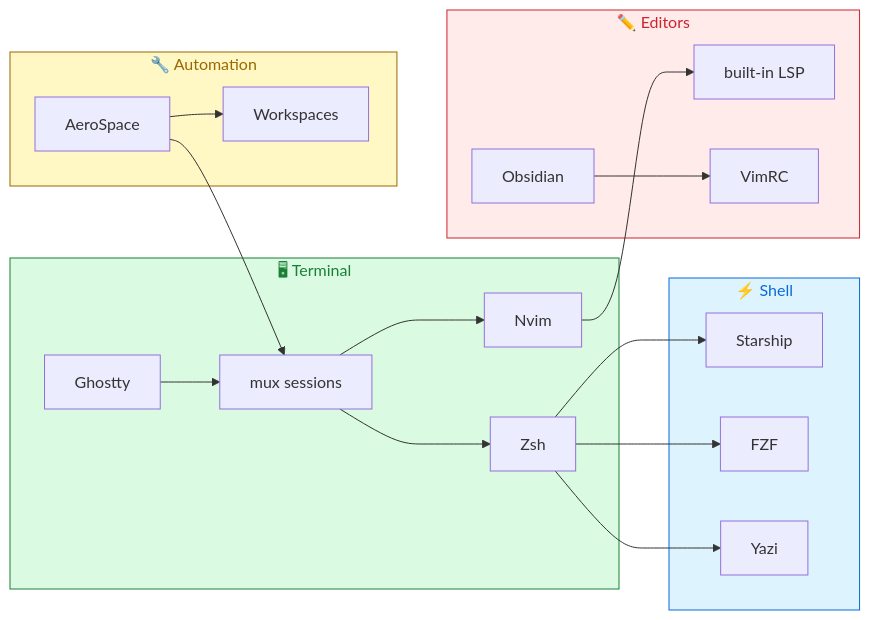
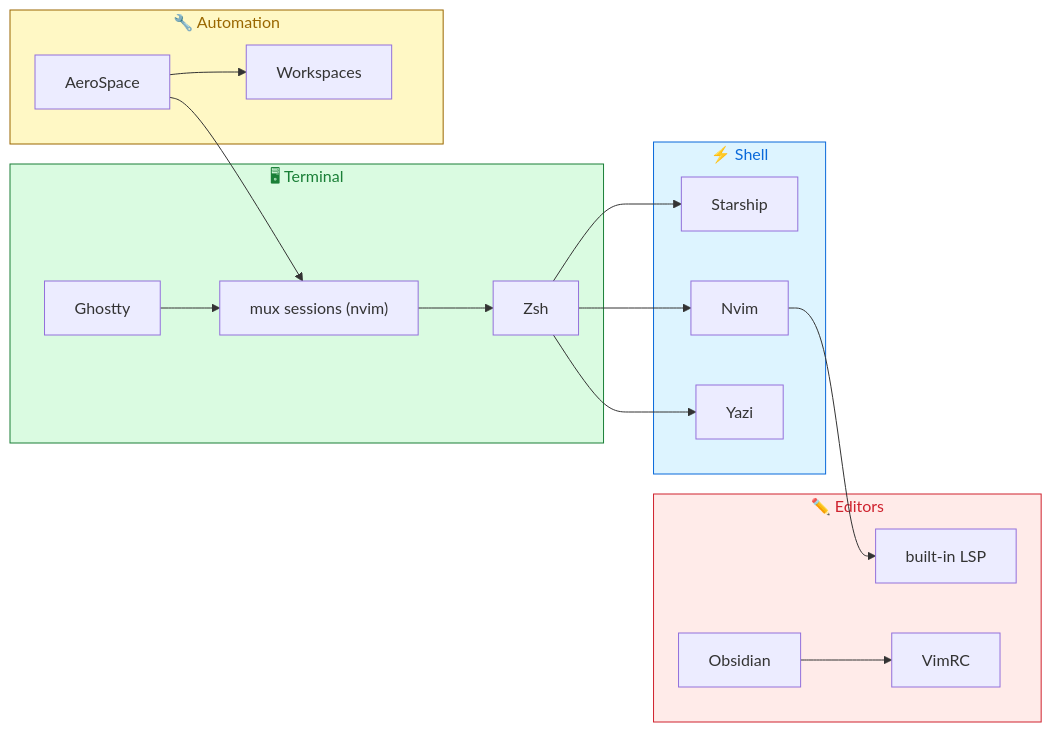
The diagram in README.md (snesjhon/dotfiles), drawn with Mermaid before and after one commit. The commit also changed other lines of this file, not shown here.

Commit message:
Update README for the nvim-only setup
Drop the shell fzf pickers from the tree and show mux sessions as nvim, with shells inside them.

````diff
--- a/README.md
+++ b/README.md
@@ -38,29 +38,28 @@
 ```mermaid
 graph LR
     subgraph Terminal["🖥 Terminal"]
-        Ghostty --> Sessions["mux sessions"]
+        Ghostty --> Sessions["mux sessions (nvim)"]
         Sessions --> Zsh
-        Sessions --> Nvim
     end
 
     subgraph Shell["⚡ Shell"]
         Zsh --> Starship
-        Zsh --> FZF
+        Zsh --> Nvim
         Zsh --> Yazi
     end
 
     subgraph Automation["🔧 Automation"]
         AeroSpace --> Workspaces
         AeroSpace --> Sessions
     end
 
     subgraph Editors["✏️ Editors"]
         Nvim --> LSP["built-in LSP"]
         Obsidian --> VimRC
     end
 
     style Terminal fill:#dafbe1,stroke:#1a7f37,color:#1a7f37
     style Shell fill:#ddf4ff,stroke:#0969da,color:#0969da
     style Automation fill:#fff8c5,stroke:#9a6700,color:#9a6700
     style Editors fill:#ffebe9,stroke:#cf222e,color:#cf222e
 ```
````
